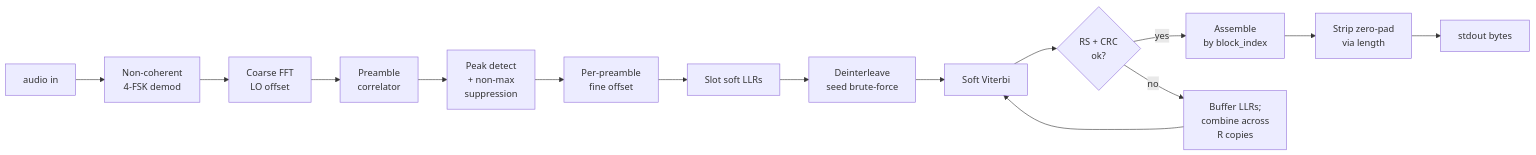
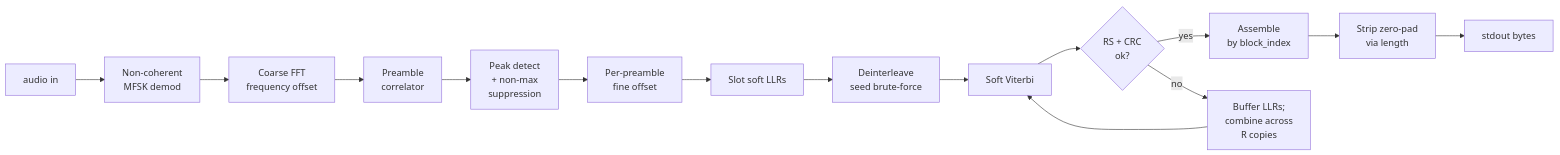
One commit to ivica3730k/minimodem-rs changed the second of 2 diagrams in README.md. Above: the diagram before and after it, drawn with Mermaid. The commit also changed other lines of this file, not shown here.

````diff
--- a/README.md
+++ b/README.md
@@ -192,17 +189,17 @@
 ```mermaid
 flowchart LR
-    A[audio in] --> B[Non-coherent<br/>4-FSK demod]
-    B --> C[Coarse FFT<br/>LO offset]
+    A[audio in] --> B[Non-coherent<br/>MFSK demod]
+    B --> C[Coarse FFT<br/>frequency offset]
     C --> D[Preamble<br/>correlator]
     D --> E[Peak detect<br/>+ non-max<br/>suppression]
     E --> F[Per-preamble<br/>fine offset]
     F --> G[Slot soft LLRs]
     G --> H[Deinterleave<br/>seed brute-force]
     H --> I[Soft Viterbi]
     I --> J{RS + CRC<br/>ok?}
     J -- yes --> K[Assemble<br/>by block_index]
     J -- no --> L[Buffer LLRs;<br/>combine across<br/>R copies]
     L --> I
     K --> M[Strip zero-pad<br/>via length]
     M --> N[stdout bytes]
 ```
````
